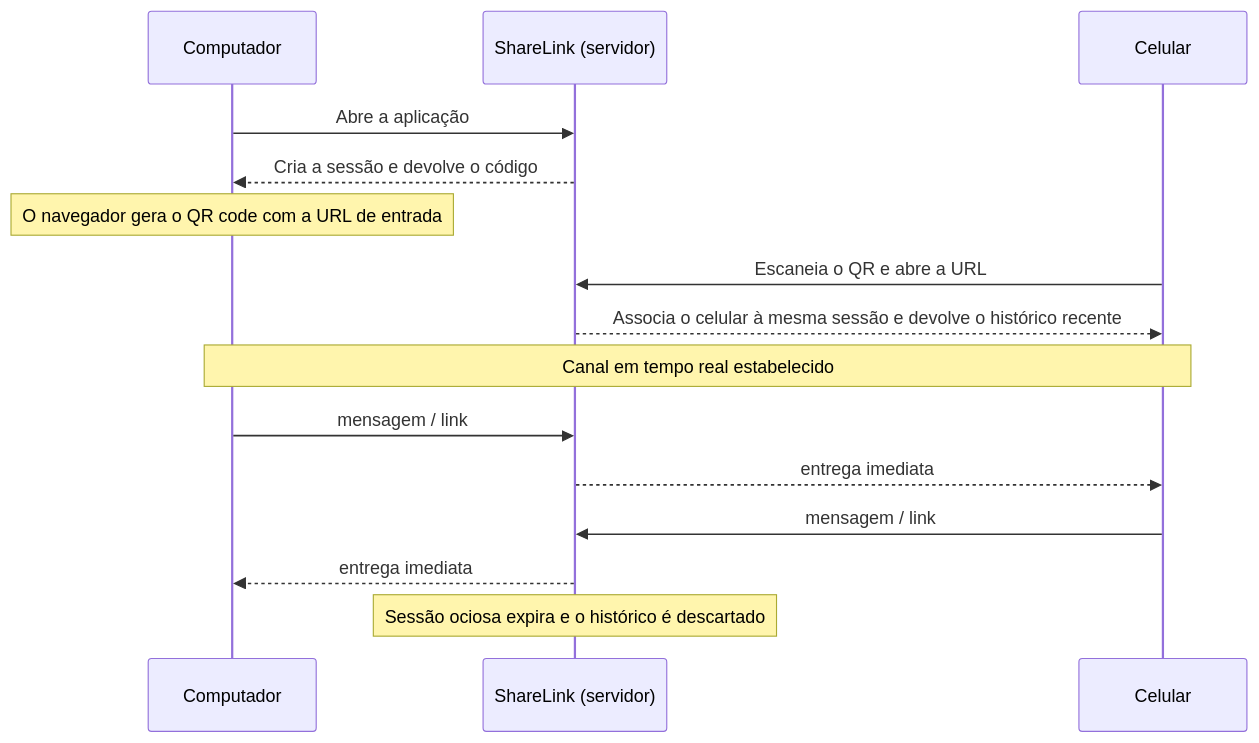
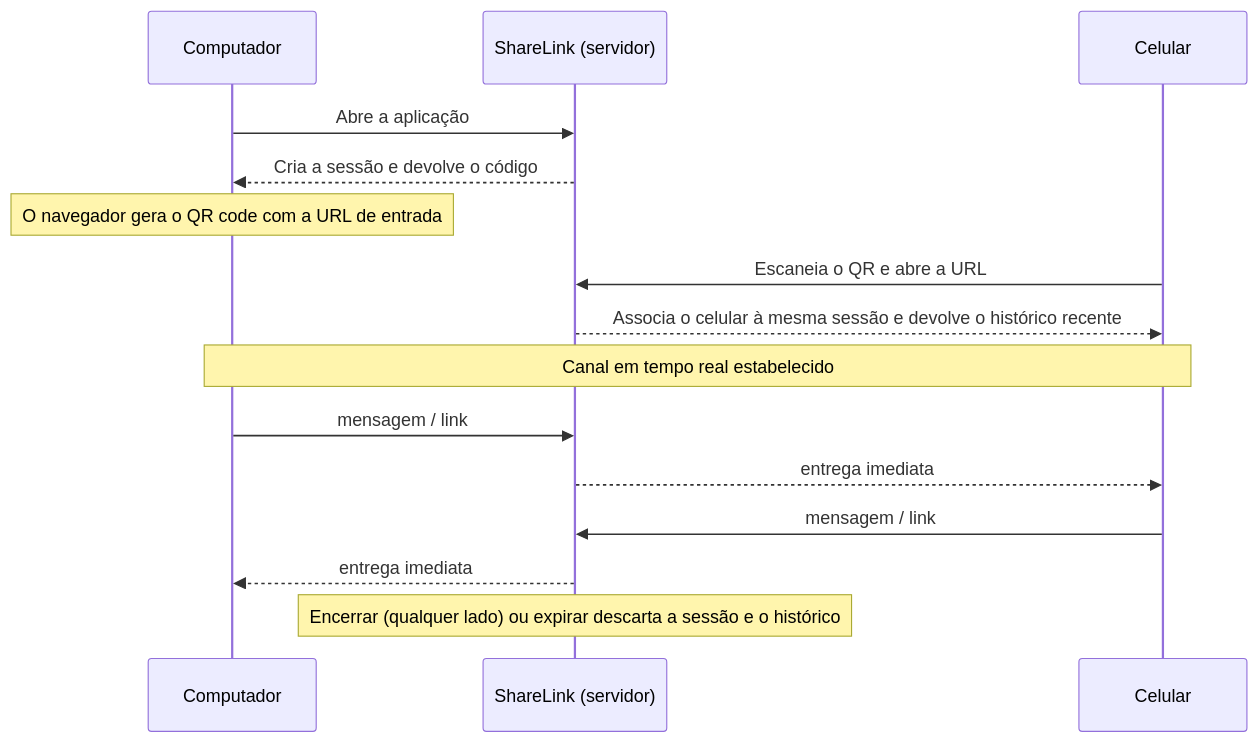
The diagram in README.md (santos-savio/share-link), drawn with Mermaid before and after one commit. The commit also changed other lines of this file and 8 other files, not shown here.

First line of the commit message:
feat: entra por código na raiz, cria sessão na entrada e permite encerrar

````diff
--- a/README.md
+++ b/README.md
@@ -21,18 +23,18 @@
 ```mermaid
 sequenceDiagram
     participant PC as Computador
     participant Srv as ShareLink (servidor)
     participant Cel as Celular
 
     PC->>Srv: Abre a aplicação
     Srv-->>PC: Cria a sessão e devolve o código
     Note over PC: O navegador gera o QR code com a URL de entrada
     Cel->>Srv: Escaneia o QR e abre a URL
     Srv-->>Cel: Associa o celular à mesma sessão e devolve o histórico recente
     Note over PC,Cel: Canal em tempo real estabelecido
     PC->>Srv: mensagem / link
     Srv-->>Cel: entrega imediata
     Cel->>Srv: mensagem / link
     Srv-->>PC: entrega imediata
-    Note over Srv: Sessão ociosa expira e o histórico é descartado
+    Note over Srv: Encerrar (qualquer lado) ou expirar descarta a sessão e o histórico
 ```
````
